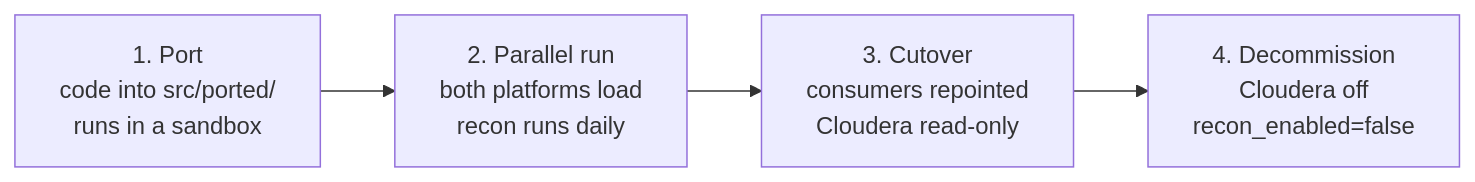
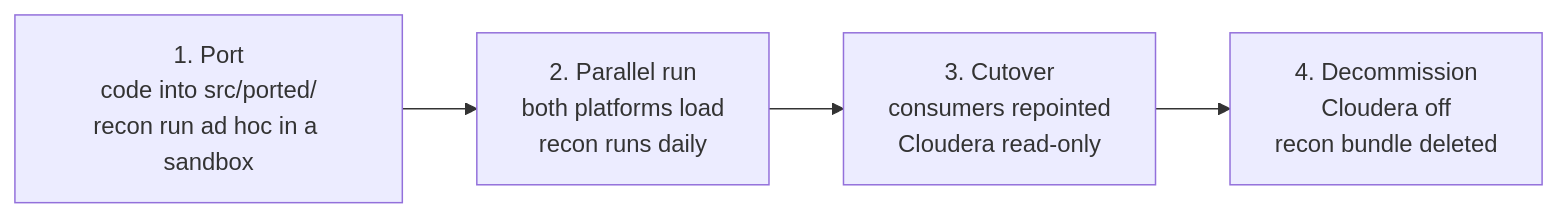
Before and after one commit to ravikreddy2025/dbw_dab_repo_project_template: the diagram in docs/13-migration-and-cutover.md, drawn with Mermaid. The commit also changed other lines of this file and 31 other files, not shown here.

````diff
--- a/docs/13-migration-and-cutover.md
+++ b/docs/13-migration-and-cutover.md
@@ -27,8 +83,8 @@
 ```mermaid
 flowchart LR
-    A["1. Port<br/>code into src/ported/<br/>runs in a sandbox"]
+    A["1. Port<br/>code into src/ported/<br/>recon run ad hoc in a sandbox"]
     B["2. Parallel run<br/>both platforms load<br/>recon runs daily"]
     C["3. Cutover<br/>consumers repointed<br/>Cloudera read-only"]
-    D["4. Decommission<br/>Cloudera off<br/>recon_enabled=false"]
+    D["4. Decommission<br/>Cloudera off<br/>recon bundle deleted"]
     A --> B --> C --> D
 ```
````
